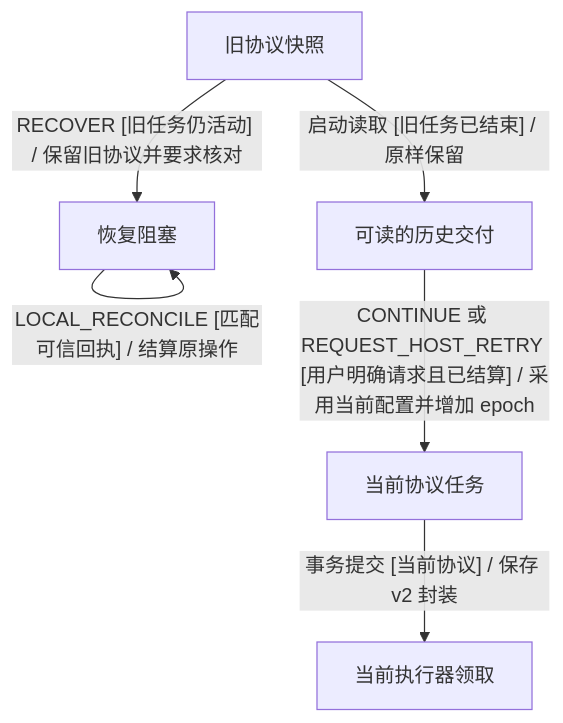
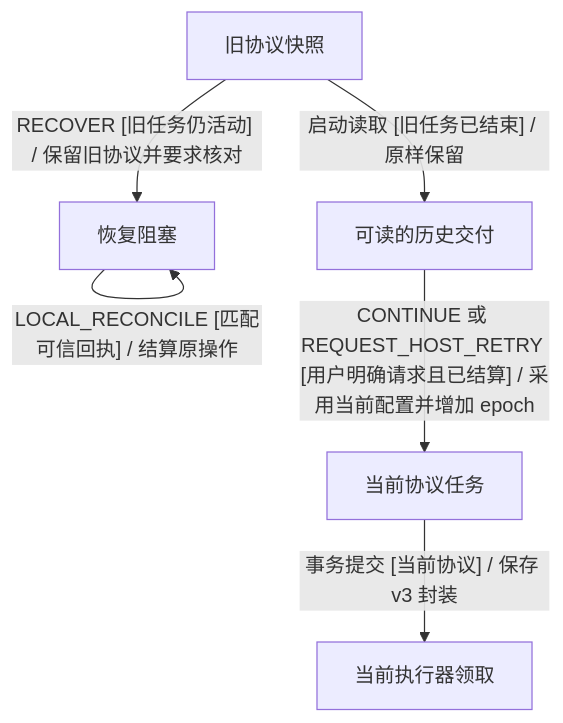
Before and after one commit to kejun/squad: diagram 25 of 43 in docs/state-diagrams.md, drawn with Mermaid. The commit also changed other lines of this file and 6 other files, not shown here.

````diff
--- a/docs/state-diagrams.md
+++ b/docs/state-diagrams.md
@@ -643,8 +649,8 @@
 ```mermaid
 flowchart TD
     Legacy["旧协议快照"] -->|"RECOVER [旧任务仍活动] / 保留旧协议并要求核对"| Blocked["恢复阻塞"]
     Blocked -->|"LOCAL_RECONCILE [匹配可信回执] / 结算原操作"| Blocked
     Legacy -->|"启动读取 [旧任务已结束] / 原样保留"| Archived["可读的历史交付"]
     Archived -->|"CONTINUE 或 REQUEST_HOST_RETRY [用户明确请求且已结算] / 采用当前配置并增加 epoch"| Upgraded["当前协议任务"]
-    Upgraded -->|"事务提交 [当前协议] / 保存 v2 封装"| Stored["当前执行器领取"]
+    Upgraded -->|"事务提交 [当前协议] / 保存 v3 封装"| Stored["当前执行器领取"]
 ```
````
